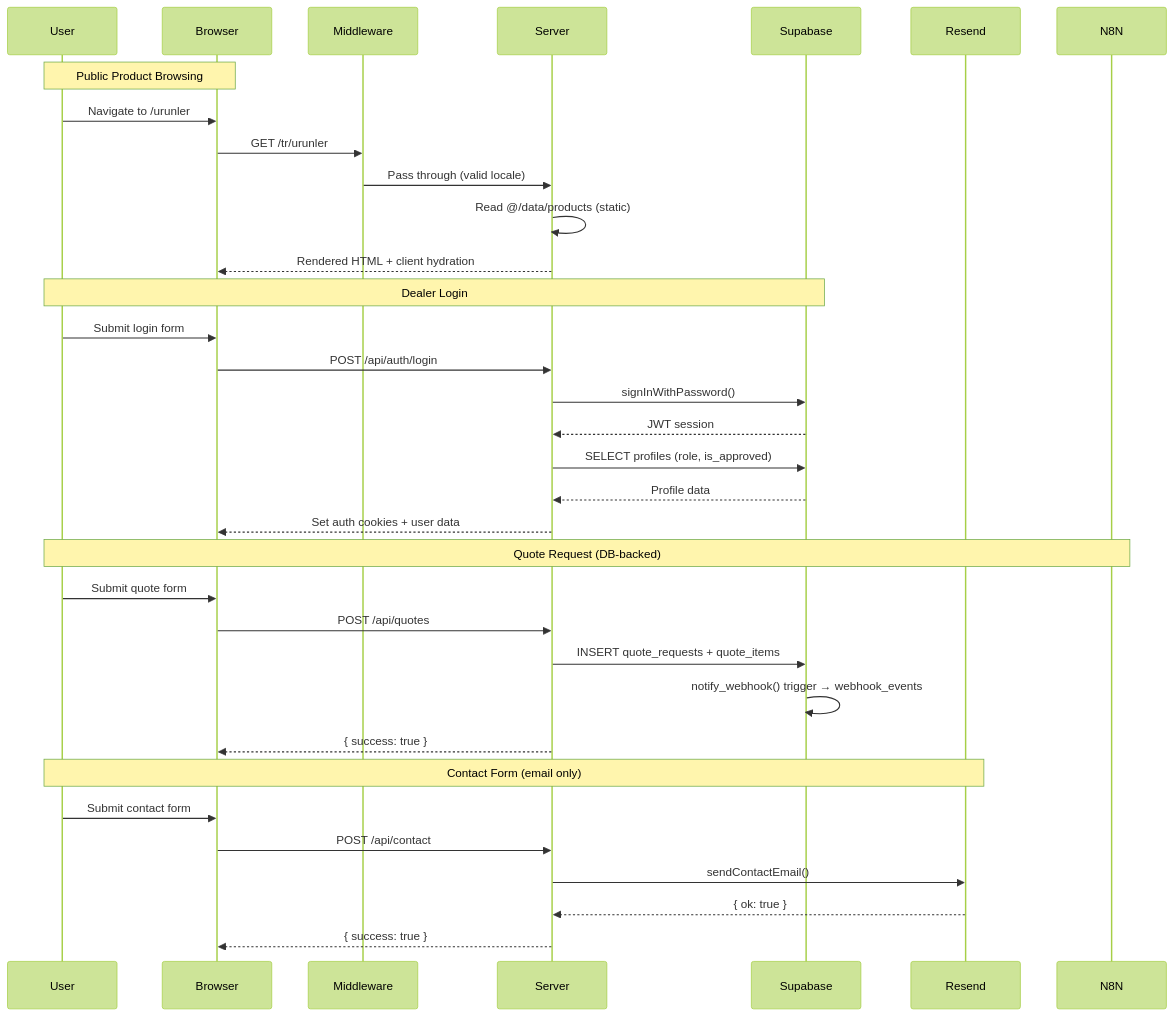
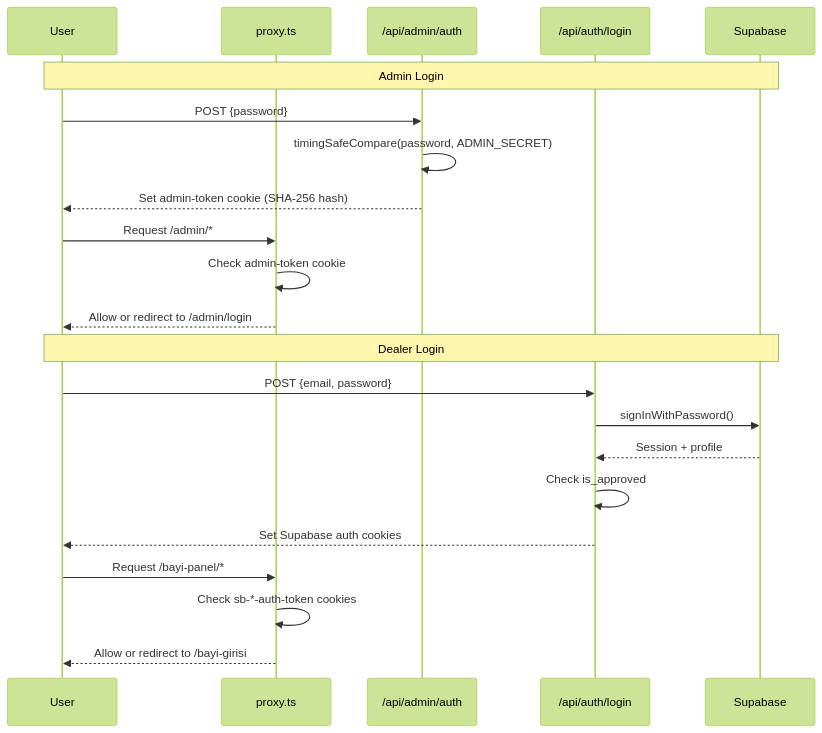
One commit to osrt91/kismetplastik changed the second of 4 diagrams in docs/CODEBASE_MAP.md. Above: the diagram before and after it, drawn with Mermaid (forest theme). The commit also changed other lines of this file and 47 other files, not shown here.

First line of the commit message:
feat: prior session work — DIA admin, order detail, invoices, dark mode fixes, docs

````diff
--- a/docs/CODEBASE_MAP.md
+++ b/docs/CODEBASE_MAP.md
@@ -508,40 +421,26 @@
 ```mermaid
 sequenceDiagram
     participant User
-    participant Browser
-    participant Middleware
-    participant Server
+    participant Middleware as proxy.ts
+    participant AdminAPI as /api/admin/auth
+    participant DealerAPI as /api/auth/login
     participant Supabase
-    participant Resend
-    participant N8N
 
-    Note over User, Browser: Public Product Browsing
-    User->>Browser: Navigate to /urunler
-    Browser->>Middleware: GET /tr/urunler
-    Middleware->>Server: Pass through (valid locale)
-    Server->>Server: Read @/data/products (static)
-    Server-->>Browser: Rendered HTML + client hydration
+    Note over User,Supabase: Admin Login
+    User->>AdminAPI: POST {password}
+    AdminAPI->>AdminAPI: timingSafeCompare(password, ADMIN_SECRET)
+    AdminAPI-->>User: Set admin-token cookie (SHA-256 hash)
+    User->>Middleware: Request /admin/*
+    Middleware->>Middleware: Check admin-token cookie
+    Middleware-->>User: Allow or redirect to /admin/login
 
-    Note over User, Supabase: Dealer Login
-    User->>Browser: Submit login form
-    Browser->>Server: POST /api/auth/login
-    Server->>Supabase: signInWithPassword()
-    Supabase-->>Server: JWT session
-    Server->>Supabase: SELECT profiles (role, is_approved)
-    Supabase-->>Server: Profile data
-    Server-->>Browser: Set auth cookies + user data
-
-    Note over User, N8N: Quote Request (DB-backed)
-    User->>Browser: Submit quote form
-    Browser->>Server: POST /api/quotes
-    Server->>Supabase: INSERT quote_requests + quote_items
-    Supabase->>Supabase: notify_webhook() trigger → webhook_events
-    Server-->>Browser: { success: true }
-
-    Note over User, Resend: Contact Form (email only)
-    User->>Browser: Submit contact form
-    Browser->>Server: POST /api/contact
-    Server->>Resend: sendContactEmail()
-    Resend-->>Server: { ok: true }
-    Server-->>Browser: { success: true }
+    Note over User,Supabase: Dealer Login
+    User->>DealerAPI: POST {email, password}
+    DealerAPI->>Supabase: signInWithPassword()
+    Supabase-->>DealerAPI: Session + profile
+    DealerAPI->>DealerAPI: Check is_approved
+    DealerAPI-->>User: Set Supabase auth cookies
+    User->>Middleware: Request /bayi-panel/*
+    Middleware->>Middleware: Check sb-*-auth-token cookies
+    Middleware-->>User: Allow or redirect to /bayi-girisi
 ```
````
